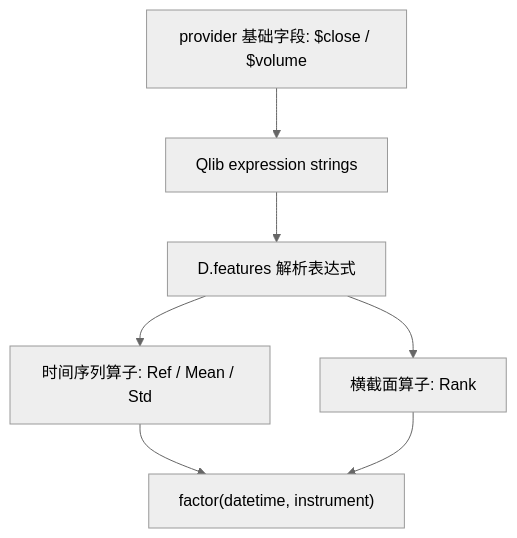
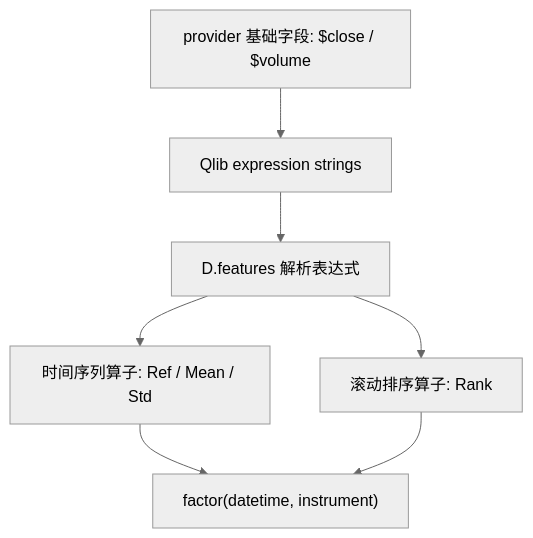
One commit to mindandhand/langgraph-finance-roadmap changed the first of 2 diagrams in qlib-demos/03-qlib-expressions/README.md. Above: the diagram before and after it, drawn with Mermaid (neutral theme). The commit also changed other lines of this file and 10 other files, not shown here.

````diff
--- a/qlib-demos/03-qlib-expressions/README.md
+++ b/qlib-demos/03-qlib-expressions/README.md
@@ -7,9 +7,9 @@
 ```mermaid
 graph TD
     A["provider 基础字段: $close / $volume"] --> B["Qlib expression strings"]
     B --> C["D.features 解析表达式"]
     C --> D["时间序列算子: Ref / Mean / Std"]
-    C --> E["横截面算子: Rank"]
+    C --> E["滚动排序算子: Rank"]
     D --> F["factor(datetime, instrument)"]
     E --> F
 ```
````
